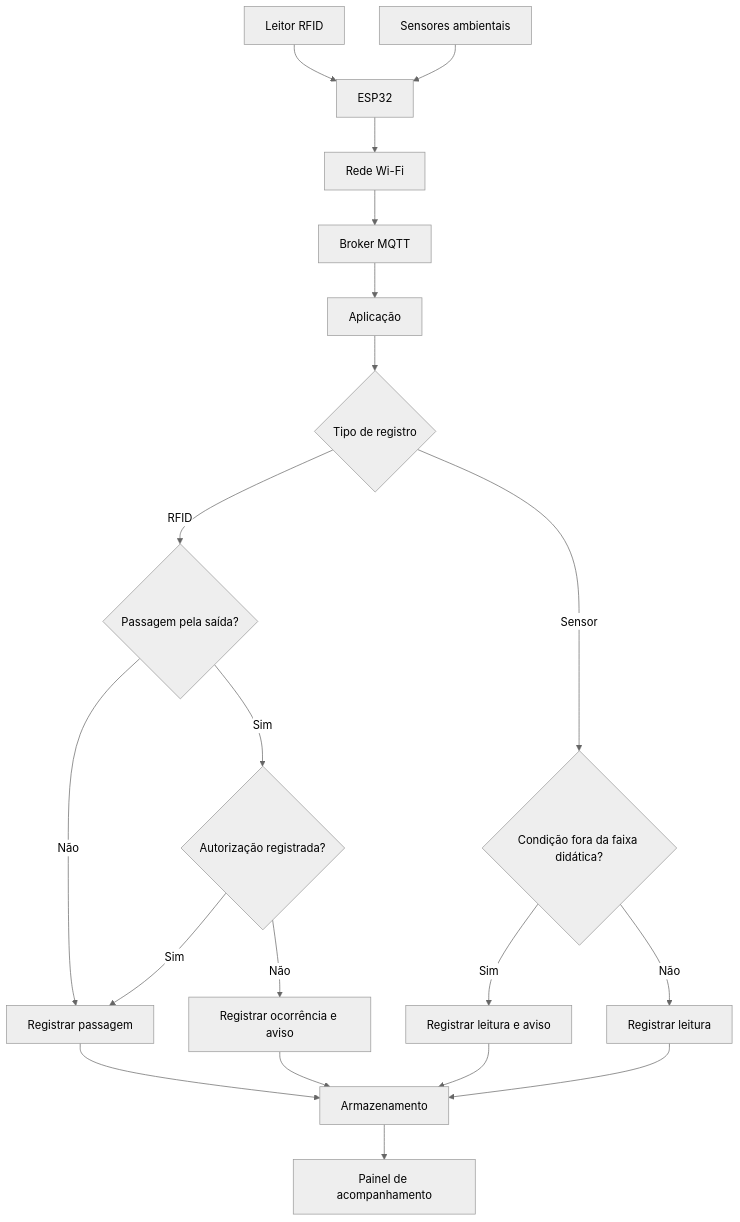
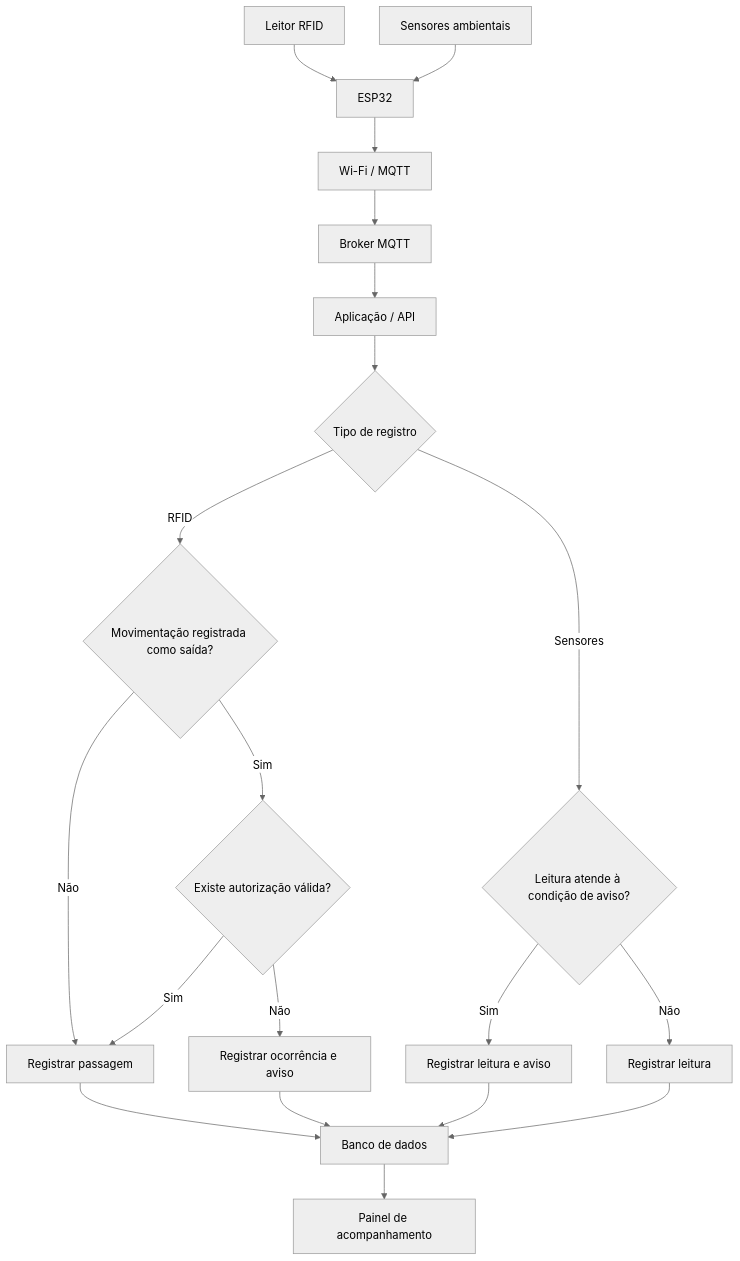
Before and after one commit to guidabuul/Trunfo-Atomico-IoT: the diagram in diagramas/fluxo-de-informacoes.md, drawn with Mermaid (neutral theme). The commit also changed other lines of this file, not shown here.

Commit message:
Revisão do fluxograma de informações

````diff
--- a/diagramas/fluxo-de-informacoes.md
+++ b/diagramas/fluxo-de-informacoes.md
@@ -5,25 +7,25 @@
 ```mermaid
 flowchart TD
     A["Leitor RFID"] --> C["ESP32"]
     B["Sensores ambientais"] --> C
-    C --> D["Rede Wi-Fi"]
+    C --> D["Wi-Fi / MQTT"]
     D --> E["Broker MQTT"]
-    E --> F["Aplicação"]
+    E --> F["Aplicação / API"]
     F --> G{"Tipo de registro"}
 
-    G -->|RFID| H{"Passagem pela saída?"}
-    H -->|Sim| I{"Autorização registrada?"}
+    G -->|RFID| H{"Movimentação registrada como saída?"}
+    H -->|Sim| I{"Existe autorização válida?"}
     H -->|Não| J["Registrar passagem"]
     I -->|Sim| J
     I -->|Não| K["Registrar ocorrência e aviso"]
 
-    G -->|Sensor| L{"Condição fora da faixa didática?"}
+    G -->|Sensores| L{"Leitura atende à condição de aviso?"}
     L -->|Sim| M["Registrar leitura e aviso"]
     L -->|Não| N["Registrar leitura"]
 
-    J --> O["Armazenamento"]
+    J --> O["Banco de dados"]
     K --> O
     M --> O
     N --> O
     O --> P["Painel de acompanhamento"]
 ```
````
